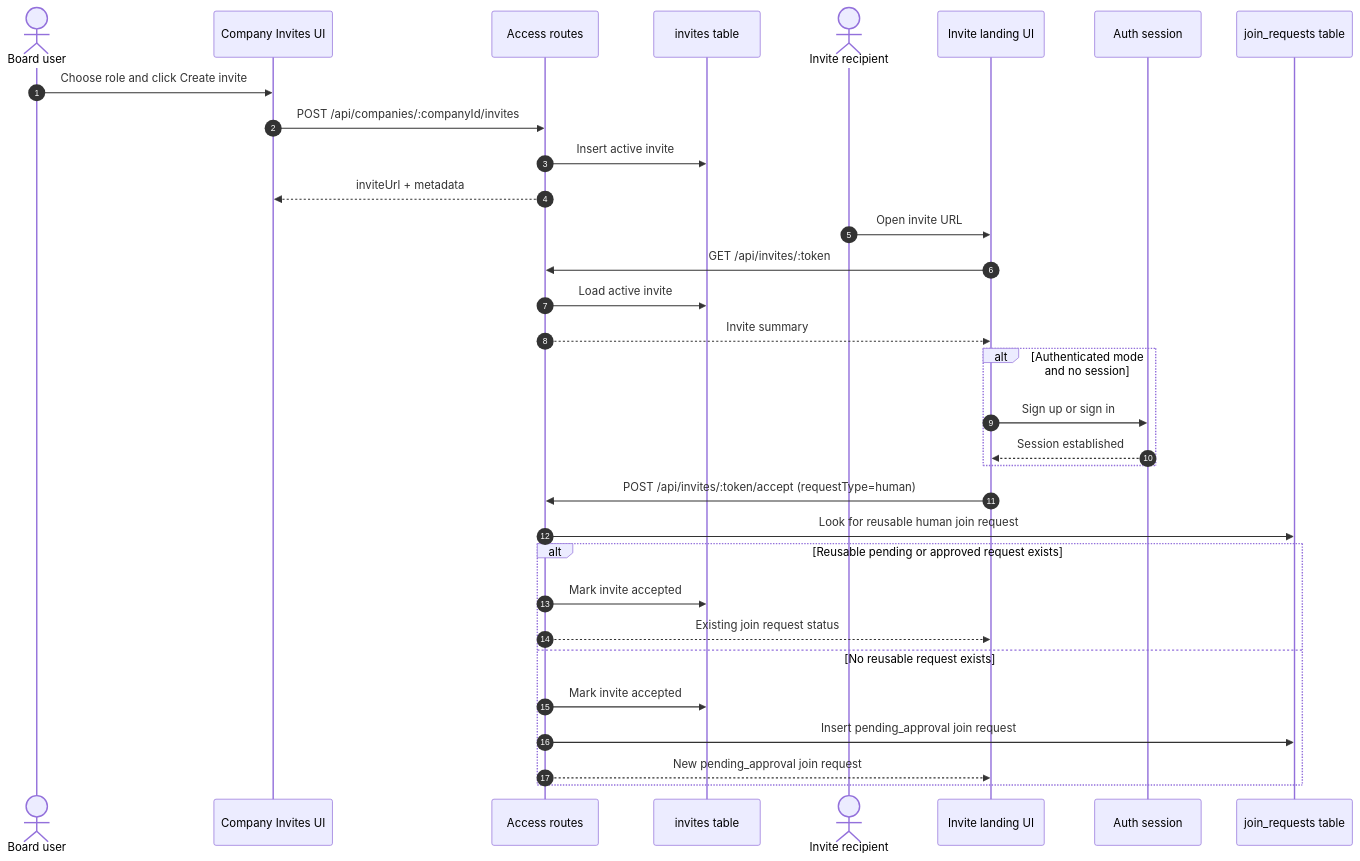
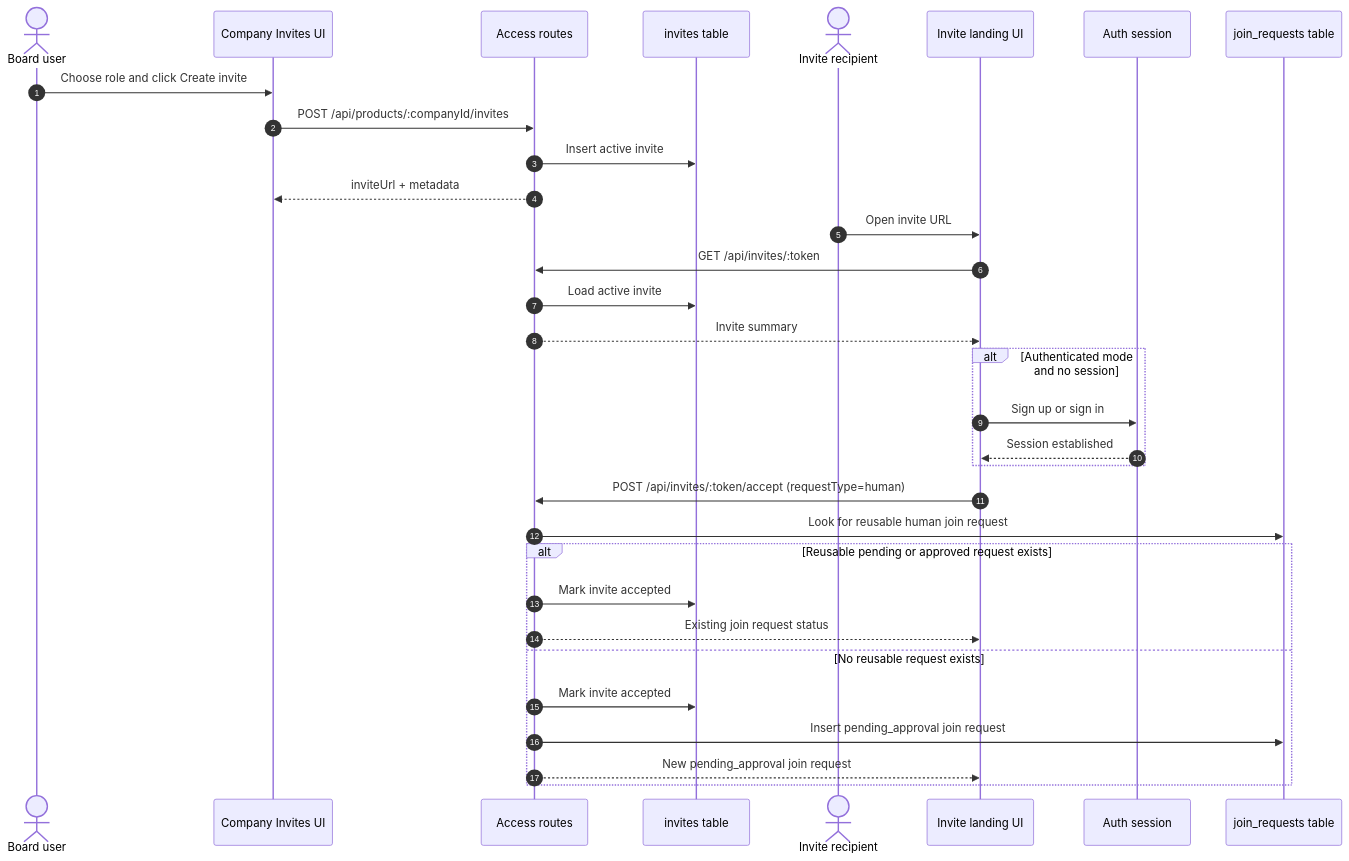
Before and after one commit to jgill248/software-clip: the fourth of 6 diagrams in doc/spec/invite-flow.md, drawn with Mermaid. The commit also changed other lines of this file and 155 other files, not shown here.

````diff
--- a/doc/spec/invite-flow.md
+++ b/doc/spec/invite-flow.md
@@ -169,38 +169,38 @@
 ```mermaid
 sequenceDiagram
   autonumber
   actor Board as Board user
   participant Settings as Company Invites UI
   participant API as Access routes
   participant Invites as invites table
   actor Invitee as Invite recipient
   participant Landing as Invite landing UI
   participant Auth as Auth session
   participant Join as join_requests table
 
   Board->>Settings: Choose role and click Create invite
-  Settings->>API: POST /api/companies/:companyId/invites
+  Settings->>API: POST /api/products/:companyId/invites
   API->>Invites: Insert active invite
   API-->>Settings: inviteUrl + metadata
 
   Invitee->>Landing: Open invite URL
   Landing->>API: GET /api/invites/:token
   API->>Invites: Load active invite
   API-->>Landing: Invite summary
 
   alt Authenticated mode and no session
     Landing->>Auth: Sign up or sign in
     Auth-->>Landing: Session established
   end
 
   Landing->>API: POST /api/invites/:token/accept (requestType=human)
   API->>Join: Look for reusable human join request
   alt Reusable pending or approved request exists
     API->>Invites: Mark invite accepted
     API-->>Landing: Existing join request status
   else No reusable request exists
     API->>Invites: Mark invite accepted
     API->>Join: Insert pending_approval join request
     API-->>Landing: New pending_approval join request
   end
 ```
````
